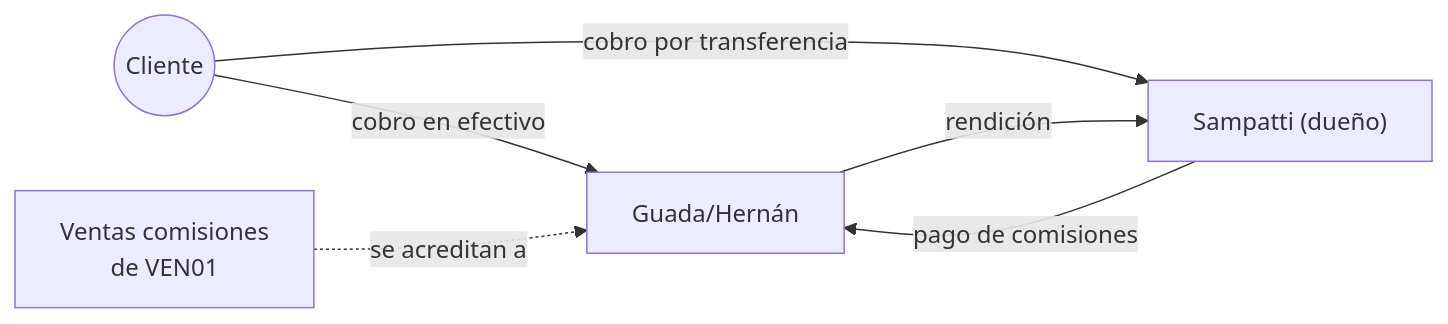
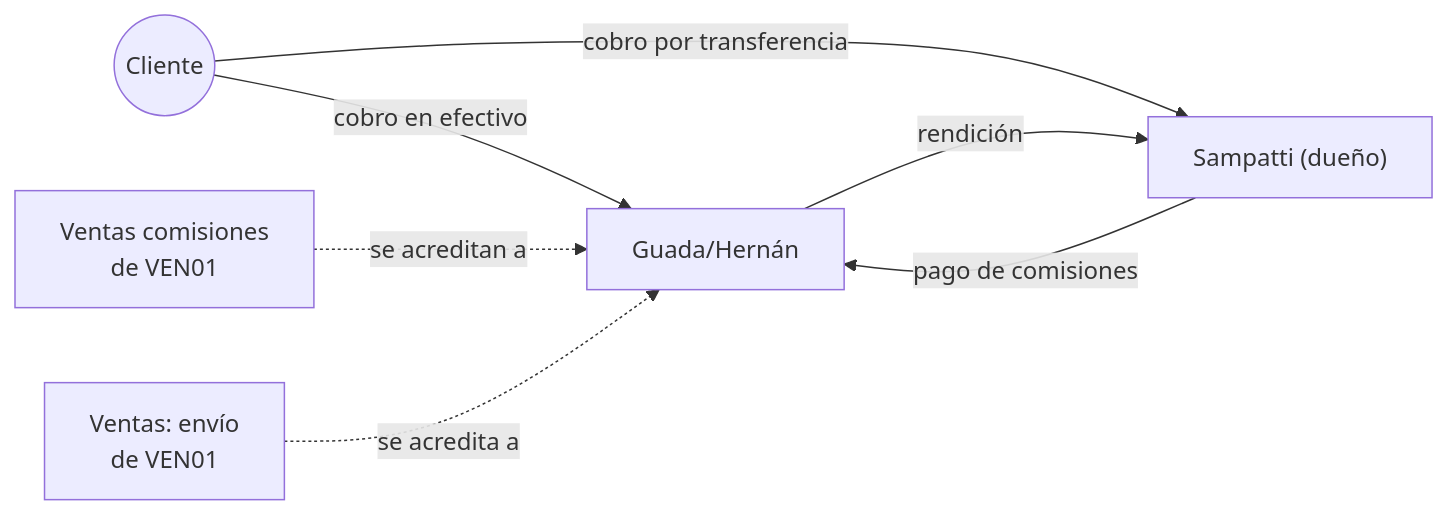
Before and after one commit to magalipujol/ERPeq: diagram 12 of 12 in spec/modelo-de-datos.md, drawn with Mermaid. The commit also changed other lines of this file and 33 other files, not shown here.

````diff
--- a/spec/modelo-de-datos.md
+++ b/spec/modelo-de-datos.md
@@ -719,8 +788,9 @@
 ```mermaid
 flowchart LR
     CL((Cliente)) -- "cobro en efectivo" --> GH["Guada/Hernán"]
     CL -- "cobro por transferencia" --> SA["Sampatti (dueño)"]
     GH -- "rendición" --> SA
     SA -- "pago de comisiones" --> GH
     VC["Ventas comisiones<br/>de VEN01"] -. "se acreditan a" .-> GH
+    VE["Ventas: envío<br/>de VEN01"] -. "se acredita a" .-> GH
 ```
````
